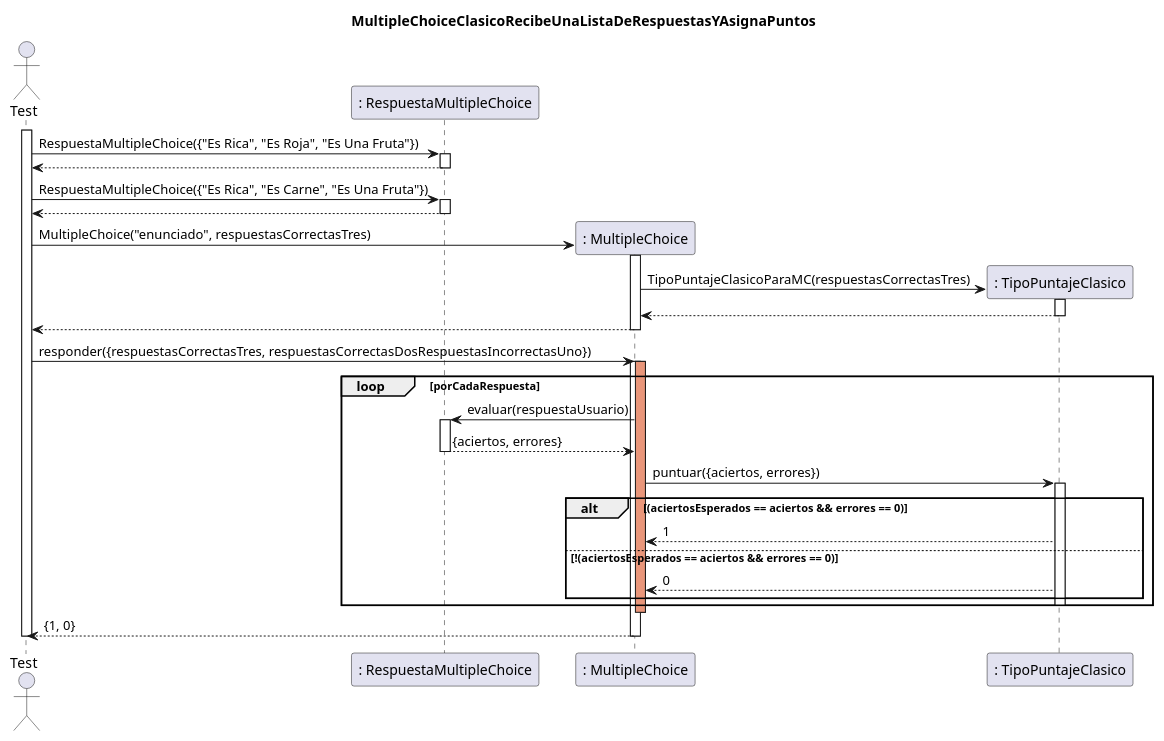
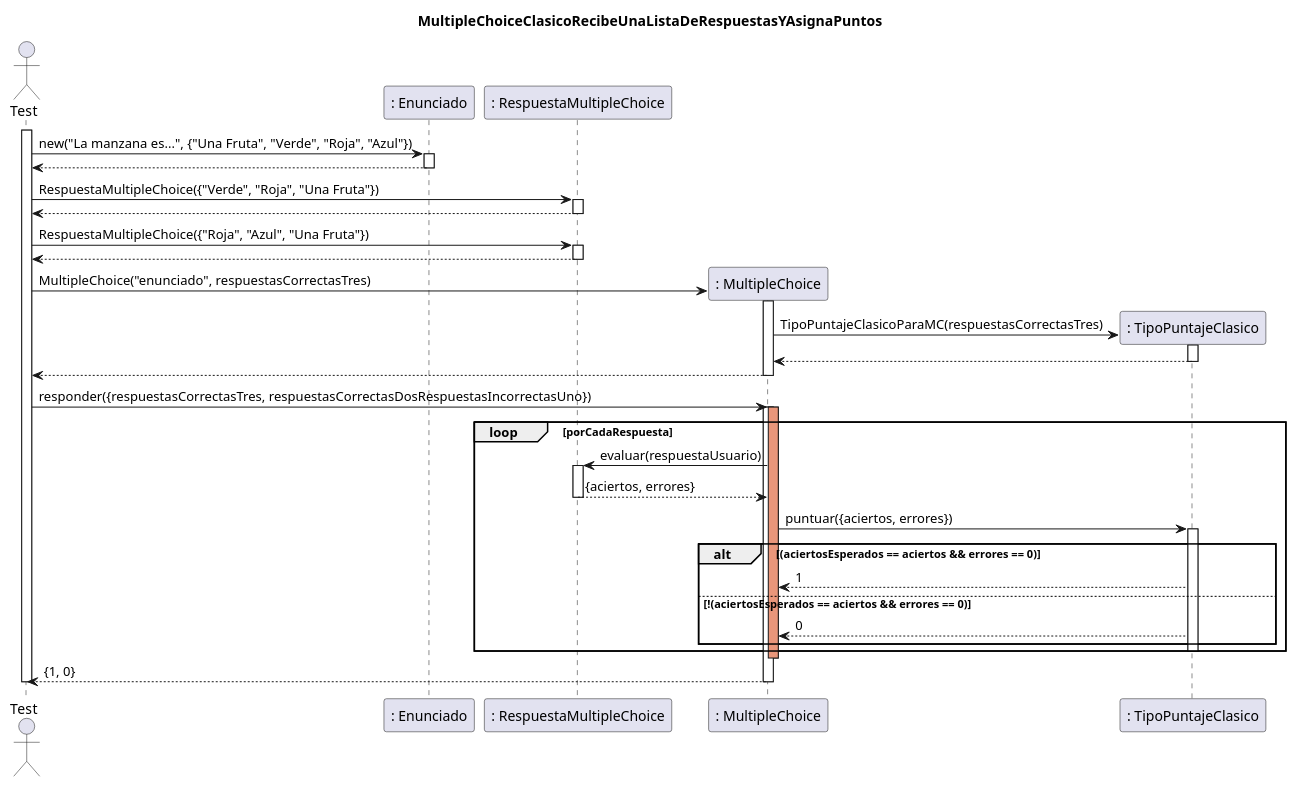
One commit to gcc-cdimatteo/Algoritmos-y-Programacion-III-75.07 changed the diagram in Documentacion/DS_03.puml. Above: the diagram before and after it, drawn with PlantUML. The commit also changed 4 other files, not shown here.

Commit message:
actualizo diagramas y test multiplechoice

```diff
--- a/Documentacion/DS_03.puml
+++ b/Documentacion/DS_03.puml
@@ -1,57 +1,62 @@
 @startuml
 skinparam classAttributeIconSize 0
 
 title MultipleChoiceClasicoRecibeUnaListaDeRespuestasYAsignaPuntos
 
 actor Test
+participant ": Enunciado" as enunciado
 participant ": RespuestaMultipleChoice" as respuesta
 participant ": MultipleChoice" as preguntaMC
 participant ": TipoPuntajeClasico" as puntaje
 
 activate Test
 
-    Test -> respuesta: RespuestaMultipleChoice({"Es Rica", "Es Roja", "Es Una Fruta"})
+    Test -> enunciado: new("La manzana es...", {"Una Fruta", "Verde", "Roja", "Azul"})
+    activate enunciado
+        enunciado --> Test
+    deactivate enunciado
+    Test -> respuesta: RespuestaMultipleChoice({"Verde", "Roja", "Una Fruta"})
     activate respuesta
         respuesta --> Test: 
     deactivate respuesta
-    Test -> respuesta: RespuestaMultipleChoice({"Es Rica", "Es Carne", "Es Una Fruta"})
+    Test -> respuesta: RespuestaMultipleChoice({"Roja", "Azul", "Una Fruta"})
     activate respuesta
         respuesta --> Test: 
     deactivate respuesta
 
     create preguntaMC
     Test -> preguntaMC: MultipleChoice("enunciado", respuestasCorrectasTres)
     activate preguntaMC
         create puntaje
         preguntaMC -> puntaje: TipoPuntajeClasicoParaMC(respuestasCorrectasTres)
         activate puntaje 
             puntaje --> preguntaMC
         deactivate puntaje
         preguntaMC --> Test
     deactivate preguntaMC
 
     Test -> preguntaMC: responder({respuestasCorrectasTres, respuestasCorrectasDosRespuestasIncorrectasUno})
     activate preguntaMC
         activate preguntaMC #DarkSalmon
             loop porCadaRespuesta
                 preguntaMC -> respuesta: evaluar(respuestaUsuario)
                 activate respuesta
                     respuesta --> preguntaMC: {aciertos, errores}
                 deactivate respuesta
                 preguntaMC -> puntaje: puntuar({aciertos, errores})
                 activate puntaje 
                     alt (aciertosEsperados == aciertos && errores == 0)
                         puntaje --> preguntaMC: 1
                     else !(aciertosEsperados == aciertos && errores == 0)
                          puntaje --> preguntaMC: 0
                     end 
                 deactivate puntaje
             end         
     deactivate preguntaMC
     preguntaMC --> Test: {1, 0}
     deactivate preguntaMC
 
 deactivate Test
 
 
 @enduml
```
